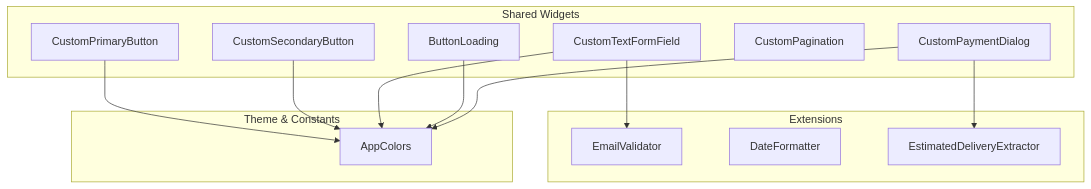
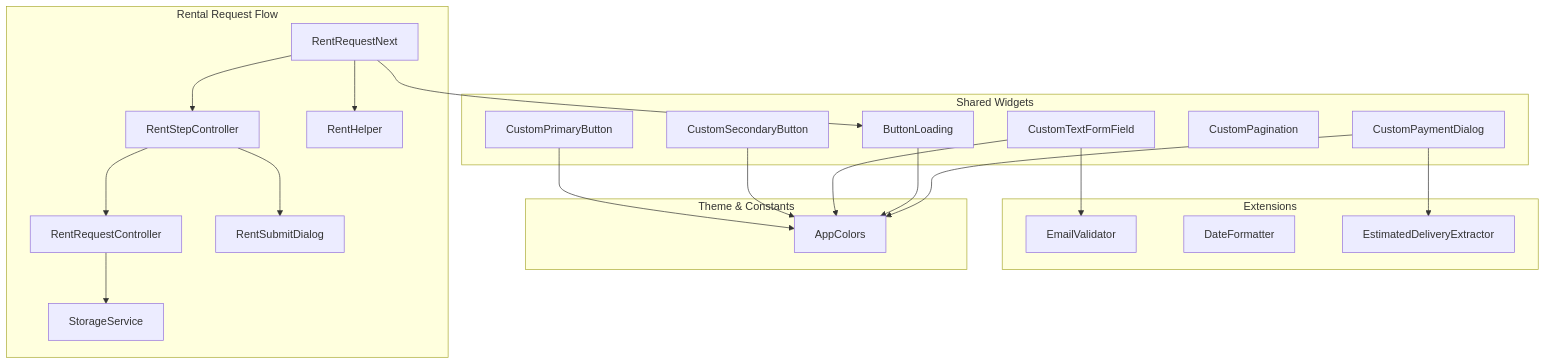
One commit to Ariful3111/FurniGo changed the first of 5 diagrams in .qoder/repowiki/en/content/Shared Components and Utilities.md. Above: the diagram before and after it, drawn with Mermaid. The commit also changed other lines of this file and 10 other files, not shown here.

Commit message:
Rent Request Step One Completed

````diff
--- a/.qoder/repowiki/en/content/Shared Components and Utilities.md
+++ b/.qoder/repowiki/en/content/Shared Components and Utilities.md
@@ -45,26 +63,40 @@
 ```mermaid
 graph TB
 subgraph "Shared Widgets"
 CB1["CustomPrimaryButton"]
 CB2["CustomSecondaryButton"]
 CFF["CustomTextFormField"]
 BL["ButtonLoading"]
 CP["CustomPagination"]
 CPD["CustomPaymentDialog"]
 end
 subgraph "Extensions"
 EV["EmailValidator"]
 DF["DateFormatter"]
 EDE["EstimatedDeliveryExtractor"]
 end
 subgraph "Theme & Constants"
 AC["AppColors"]
 end
+subgraph "Rental Request Flow"
+RNN["RentRequestNext"]
+RSC["RentStepController"]
+SS["StorageService"]
+RC["RentRequestController"]
+RH["RentHelper"]
+RSD["RentSubmitDialog"]
+end
 CB1 --> AC
 CB2 --> AC
 CFF --> AC
 BL --> AC
 CPD --> AC
 CFF --> EV
 CPD --> EDE
+RNN --> RSC
+RNN --> BL
+RNN --> RH
+RC --> SS
+RSC --> RC
+RSC --> RSD
 ```
````
